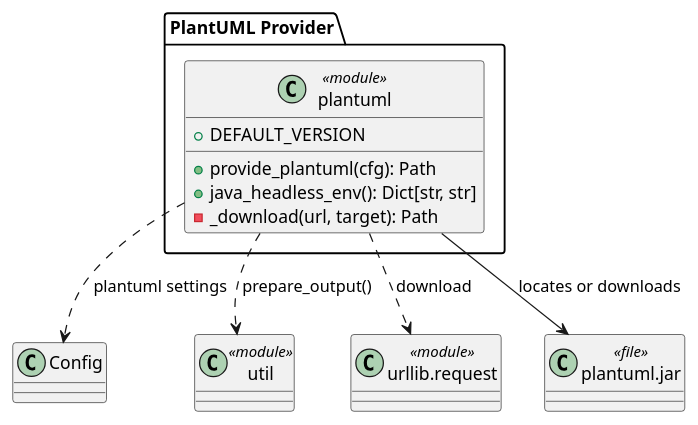
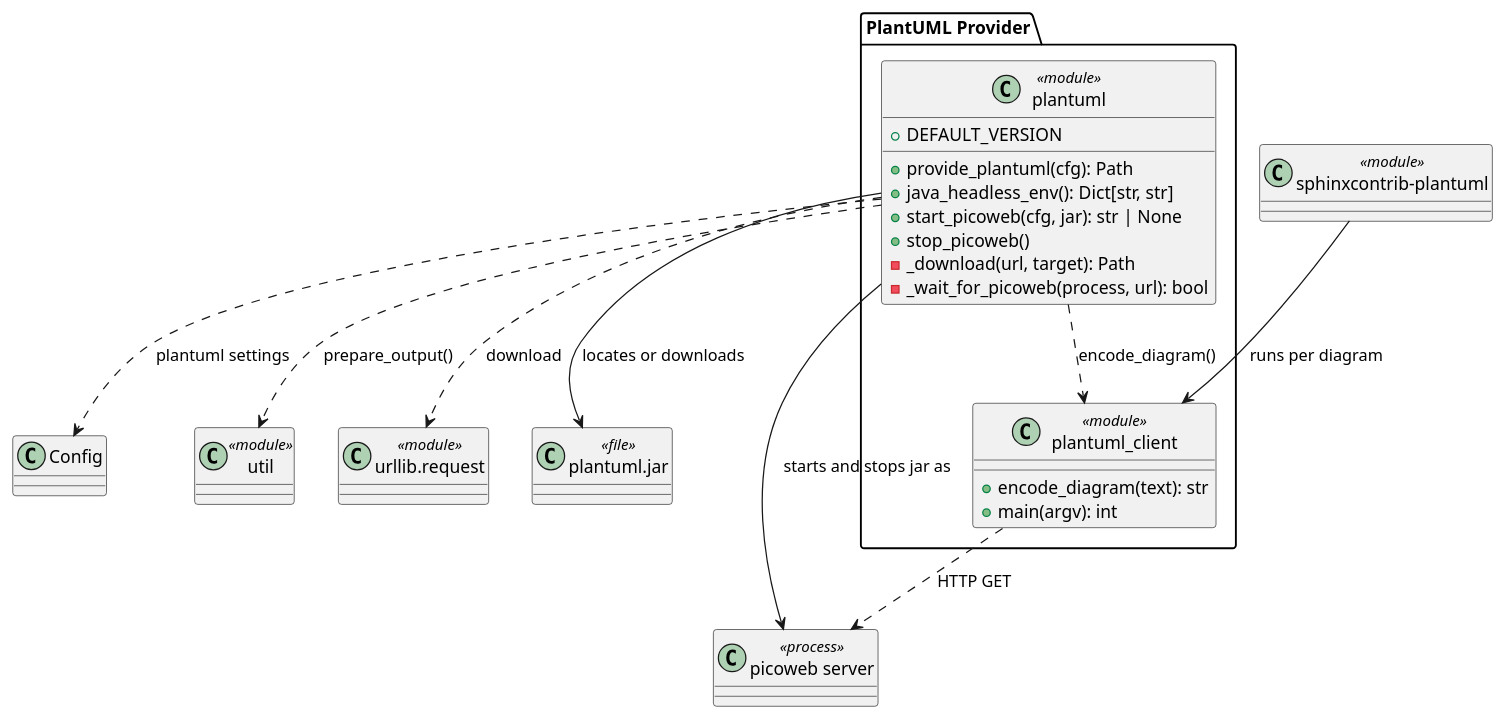
One commit to nhjschulz/trlc-doc changed the diagram in trlc/swe-arch/img/comp_plantuml.puml. Above: the diagram before and after it, drawn with PlantUML. The commit also changed 12 other files, not shown here.

First line of the commit message:
feat(plantuml): Render diagrams with a local picoweb server

```diff
--- a/trlc/swe-arch/img/comp_plantuml.puml
+++ b/trlc/swe-arch/img/comp_plantuml.puml
@@ -1,22 +1,35 @@
 @startuml comp_plantuml
 
 package "PlantUML Provider" {
     class "plantuml" as plantuml <<module>> {
         + DEFAULT_VERSION
         + provide_plantuml(cfg): Path
         + java_headless_env(): Dict[str, str]
+        + start_picoweb(cfg, jar): str | None
+        + stop_picoweb()
         - _download(url, target): Path
+        - _wait_for_picoweb(process, url): bool
+    }
+    class "plantuml_client" as client <<module>> {
+        + encode_diagram(text): str
+        + main(argv): int
     }
 }
 
 class "Config" as cfg
 class "util" as util <<module>>
 class "urllib.request" as urllib <<module>>
 
 class "plantuml.jar" as jar <<file>>
+class "picoweb server" as picoweb <<process>>
+class "sphinxcontrib-plantuml" as sphinx <<module>>
 
 plantuml ..> cfg : plantuml settings
 plantuml ..> util : prepare_output()
 plantuml ..> urllib : download
 plantuml --> jar : locates or downloads
+plantuml --> picoweb : starts and stops jar as
+plantuml ..> client : encode_diagram()
+sphinx --> client : runs per diagram
+client ..> picoweb : HTTP GET
 @enduml
```
